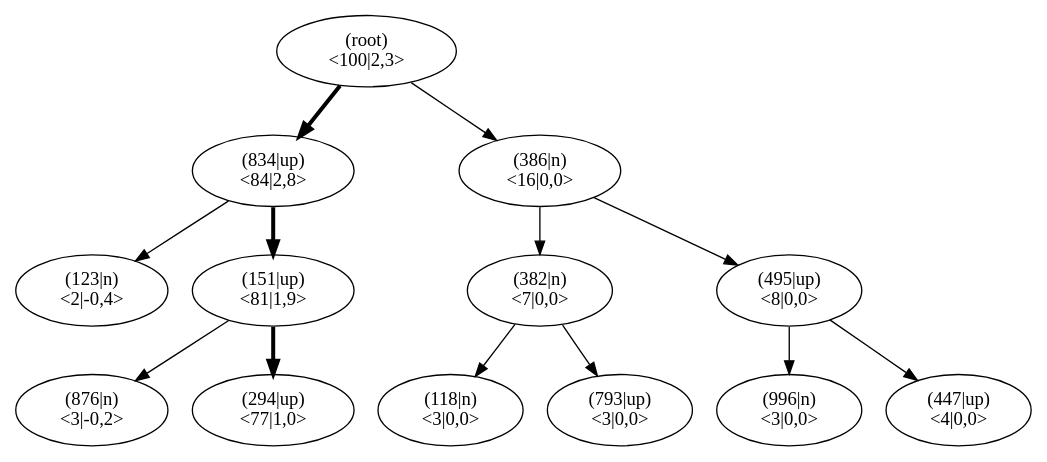
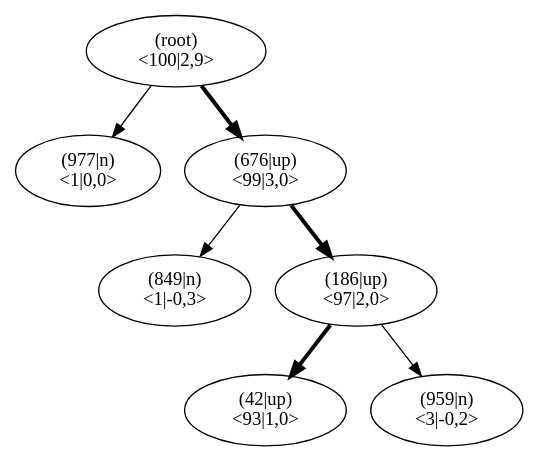
The diagram in pictures/ch13/jumper_test_mcts.dot (JonasHellgren/relexp-java), drawn with Graphviz before and after one commit. The commit also changed 14 other files, not shown here.

```diff
--- a/pictures/ch13/jumper_test_mcts.dot
+++ b/pictures/ch13/jumper_test_mcts.dot
@@ -1,41 +1,23 @@
 digraph MCTS {
 node [shape=ellipse];
 Nroot [label="(root)
-<100|2,3>"];
-Nroot -> N834[penwidth=3];
-N834 [label="(834|up)
-<84|2,8>"];
-N834 -> N123[penwidth=1];
-N123 [label="(123|n)
-<2|-0,4>"];
-N834 -> N151[penwidth=3];
-N151 [label="(151|up)
-<81|1,9>"];
-N151 -> N876[penwidth=1];
-N876 [label="(876|n)
+<100|2,9>"];
+Nroot -> N977[penwidth=1];
+N977 [label="(977|n)
+<1|0,0>"];
+Nroot -> N676[penwidth=3];
+N676 [label="(676|up)
+<99|3,0>"];
+N676 -> N849[penwidth=1];
+N849 [label="(849|n)
+<1|-0,3>"];
+N676 -> N186[penwidth=3];
+N186 [label="(186|up)
+<97|2,0>"];
+N186 -> N42[penwidth=3];
+N42 [label="(42|up)
+<93|1,0>"];
+N186 -> N959[penwidth=1];
+N959 [label="(959|n)
 <3|-0,2>"];
-N151 -> N294[penwidth=3];
-N294 [label="(294|up)
-<77|1,0>"];
-Nroot -> N386[penwidth=1];
-N386 [label="(386|n)
-<16|0,0>"];
-N386 -> N382[penwidth=1];
-N382 [label="(382|n)
-<7|0,0>"];
-N382 -> N118[penwidth=1];
-N118 [label="(118|n)
-<3|0,0>"];
-N382 -> N793[penwidth=1];
-N793 [label="(793|up)
-<3|0,0>"];
-N386 -> N495[penwidth=1];
-N495 [label="(495|up)
-<8|0,0>"];
-N495 -> N996[penwidth=1];
-N996 [label="(996|n)
-<3|0,0>"];
-N495 -> N447[penwidth=1];
-N447 [label="(447|up)
-<4|0,0>"];
 }
```
